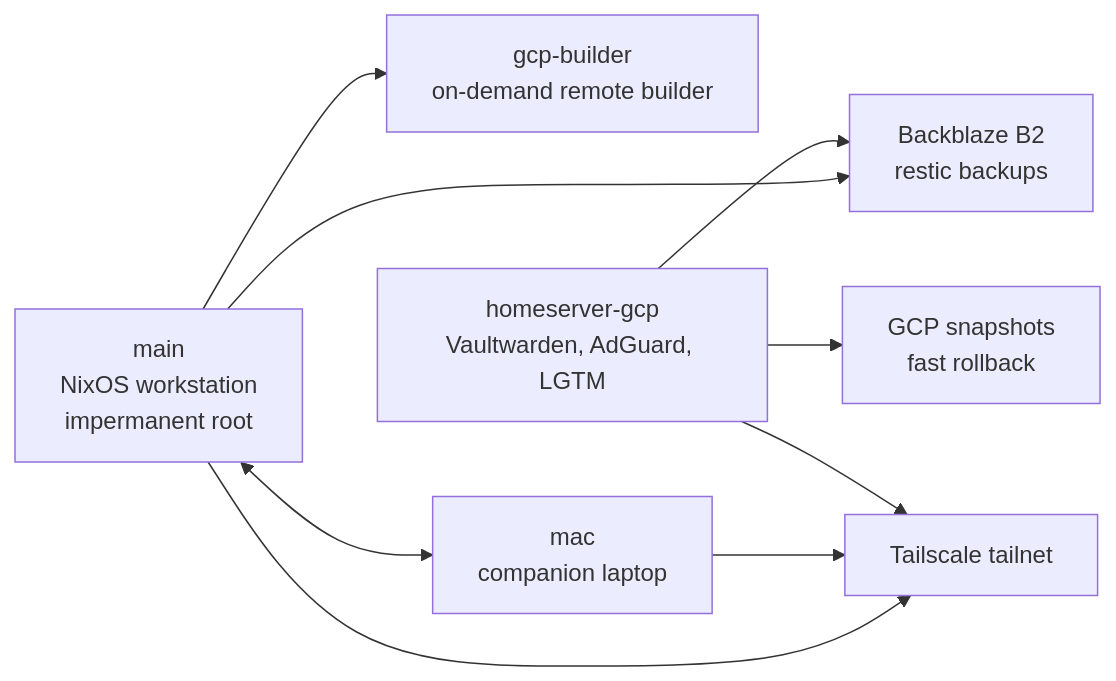
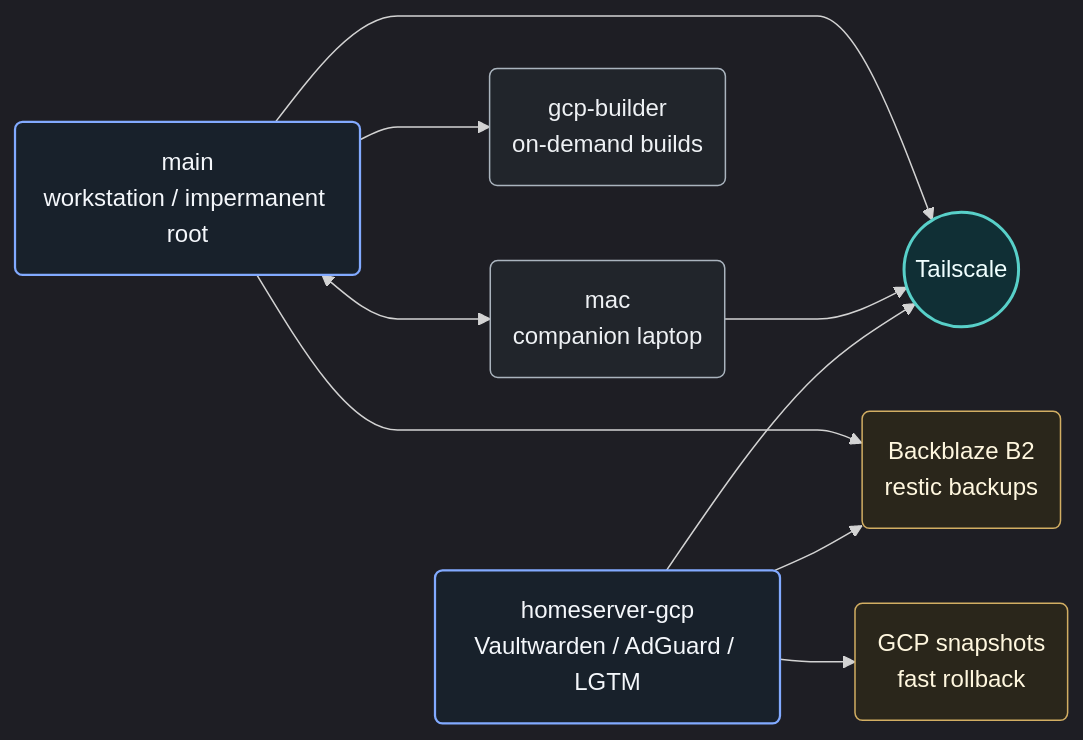
The diagram in README.md (FilipNowakowicz/NixOS), drawn with Mermaid before and after one commit. The commit also changed other lines of this file and 5 other files, not shown here.

````diff
--- a/README.md
+++ b/README.md
@@ -32,11 +32,29 @@
 ```mermaid
+%%{init: {"flowchart": {"curve": "monotoneX"}, "theme": "dark"}}%%
 flowchart LR
-  main["main\nNixOS workstation\nimpermanent root"] --> b2["Backblaze B2\nrestic backups"]
-  main --> builder["gcp-builder\non-demand remote builder"]
-  main <--> mac["mac\ncompanion laptop"]
-  main --> tailnet["Tailscale tailnet"]
+  main("main<br/>workstation / impermanent root")
+  mac("mac<br/>companion laptop")
+  builder("gcp-builder<br/>on-demand builds")
+  homeserver("homeserver-gcp<br/>Vaultwarden / AdGuard / LGTM")
+  tailnet(("Tailscale"))
+  b2("Backblaze B2<br/>restic backups")
+  snapshots("GCP snapshots<br/>fast rollback")
+
+  main <--> mac
+  main --> builder
+  main --> tailnet
   mac --> tailnet
-  homeserver["homeserver-gcp\nVaultwarden, AdGuard, LGTM"] --> tailnet
+  homeserver --> tailnet
+  main --> b2
   homeserver --> b2
-  homeserver --> gcp["GCP snapshots\nfast rollback"]
+  homeserver --> snapshots
+
+  classDef primary fill:#18212b,stroke:#82aaff,color:#f4f7fb,stroke-width:1.5px
+  classDef secondary fill:#21252b,stroke:#aab4be,color:#eef1f4
+  classDef storage fill:#2a261b,stroke:#d2ae63,color:#fff7df
+  classDef network fill:#102f35,stroke:#58d0c9,color:#f0ffff,stroke-width:2px
+  class main,homeserver primary
+  class mac,builder secondary
+  class b2,snapshots storage
+  class tailnet network
 ```
````
